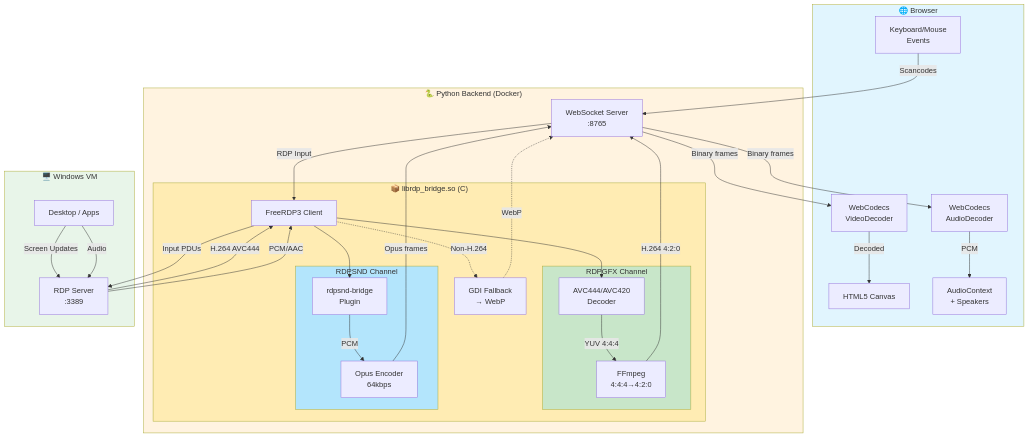
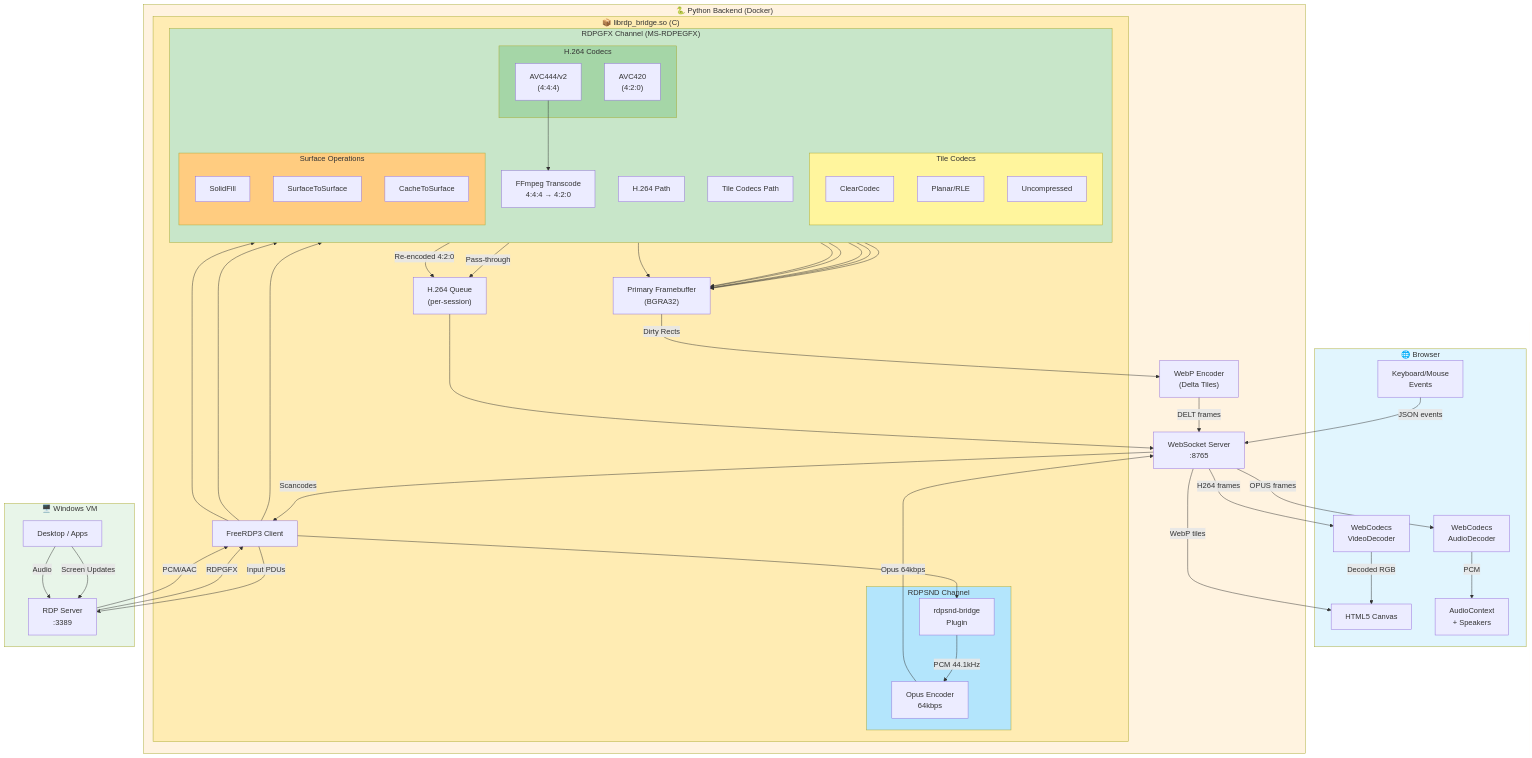
Before and after one commit to qxsch/freerdp-web: the diagram in README.md, drawn with Mermaid. The commit also changed other lines of this file, not shown here.

Commit message:
updated mermaid

````diff
--- a/README.md
+++ b/README.md
@@ -311,9 +311,29 @@
         subgraph Native["📦 librdp_bridge.so (C)"]
             FreeRDP["FreeRDP3 Client"]
             
-            subgraph GFX["RDPGFX Channel"]
-                AVC444["AVC444/AVC420<br/>Decoder"]
-                FFmpeg["FFmpeg<br/>4:4:4→4:2:0"]
+            subgraph GFX["RDPGFX Channel (MS-RDPEGFX)"]
+                direction TB
+                H264Path["H.264 Path"]
+                TilePath["Tile Codecs Path"]
+                
+                subgraph H264Codecs["H.264 Codecs"]
+                    AVC420["AVC420<br/>(4:2:0)"]
+                    AVC444["AVC444/v2<br/>(4:4:4)"]
+                end
+                
+                subgraph TileCodecs["Tile Codecs"]
+                    ClearCodec["ClearCodec"]
+                    Planar["Planar/RLE"]
+                    Uncompressed["Uncompressed"]
+                end
+                
+                FFmpeg["FFmpeg Transcode<br/>4:4:4 → 4:2:0"]
+                
+                subgraph SurfaceOps["Surface Operations"]
+                    SolidFill["SolidFill"]
+                    S2S["SurfaceToSurface"]
+                    C2S["CacheToSurface"]
+                end
             end
             
             subgraph Audio["RDPSND Channel"]
@@ -321,8 +341,11 @@
                 Opus["Opus Encoder<br/>64kbps"]
             end
             
-            GDI["GDI Fallback<br/>→ WebP"]
+            H264Queue["H.264 Queue<br/>(per-session)"]
+            Framebuffer["Primary Framebuffer<br/>(BGRA32)"]
         end
+        
+        WebPEncoder["WebP Encoder<br/>(Delta Tiles)"]
     end
 
     subgraph WindowsVM["🖥️ Windows VM"]
@@ -330,31 +353,48 @@
         Desktop["Desktop / Apps"]
     end
 
-    %% Video flow
+    %% Video encoding on server
     Desktop -->|"Screen Updates"| RDP
-    RDP -->|"H.264 AVC444"| FreeRDP
-    FreeRDP --> AVC444
-    AVC444 -->|"YUV 4:4:4"| FFmpeg
-    FFmpeg -->|"H.264 4:2:0"| WS
-    WS -->|"Binary frames"| VideoDecoder
-    VideoDecoder -->|"Decoded"| Canvas
-
-    %% Fallback video
-    FreeRDP -.->|"Non-H.264"| GDI
-    GDI -.->|"WebP"| WS
+    RDP -->|"RDPGFX"| FreeRDP
+    
+    %% H.264 path (direct to browser)
+    FreeRDP --> H264Codecs
+    AVC420 -->|"Pass-through"| H264Queue
+    AVC444 --> FFmpeg
+    FFmpeg -->|"Re-encoded 4:2:0"| H264Queue
+    H264Queue --> WS
+    WS -->|"H264 frames"| VideoDecoder
+    VideoDecoder -->|"Decoded RGB"| Canvas
+    
+    %% Tile codec path (decode to framebuffer, send as WebP)
+    FreeRDP --> TileCodecs
+    ClearCodec --> Framebuffer
+    Planar --> Framebuffer
+    Uncompressed --> Framebuffer
+    
+    %% Surface operations (direct framebuffer, dirty rects)
+    FreeRDP --> SurfaceOps
+    SolidFill --> Framebuffer
+    S2S --> Framebuffer
+    C2S --> Framebuffer
+    
+    %% WebP delta path
+    Framebuffer -->|"Dirty Rects"| WebPEncoder
+    WebPEncoder -->|"DELT frames"| WS
+    WS -->|"WebP tiles"| Canvas
 
     %% Audio flow
     Desktop -->|"Audio"| RDP
     RDP -->|"PCM/AAC"| FreeRDP
     FreeRDP --> Bridge
-    Bridge -->|"PCM"| Opus
-    Opus -->|"Opus frames"| WS
-    WS -->|"Binary frames"| AudioDecoder
+    Bridge -->|"PCM 44.1kHz"| Opus
+    Opus -->|"Opus 64kbps"| WS
+    WS -->|"OPUS frames"| AudioDecoder
     AudioDecoder -->|"PCM"| AudioCtx
 
     %% Input flow
-    Input -->|"Scancodes"| WS
-    WS -->|"RDP Input"| FreeRDP
+    Input -->|"JSON events"| WS
+    WS -->|"Scancodes"| FreeRDP
     FreeRDP -->|"Input PDUs"| RDP
 
     style Browser fill:#e1f5fe
@@ -363,4 +403,7 @@
     style Native fill:#ffecb3
     style GFX fill:#c8e6c9
     style Audio fill:#b3e5fc
+    style H264Codecs fill:#a5d6a7
+    style TileCodecs fill:#fff59d
+    style SurfaceOps fill:#ffcc80
 ```
````
